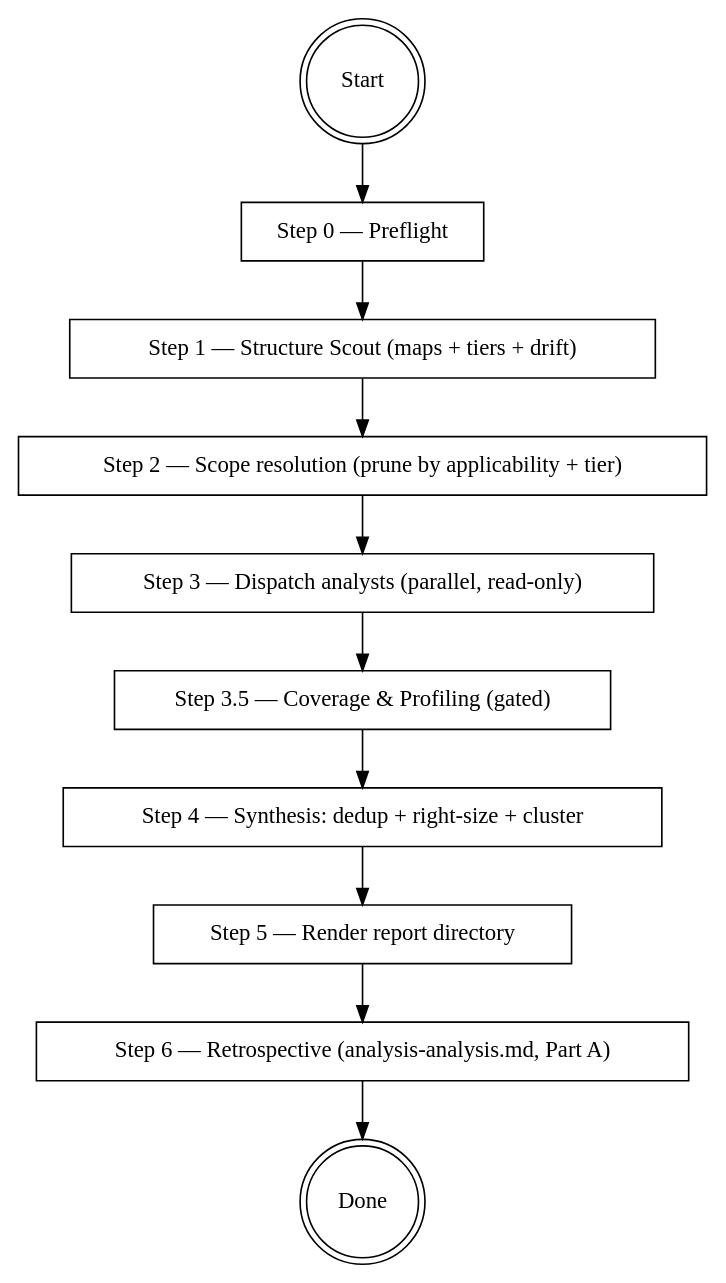
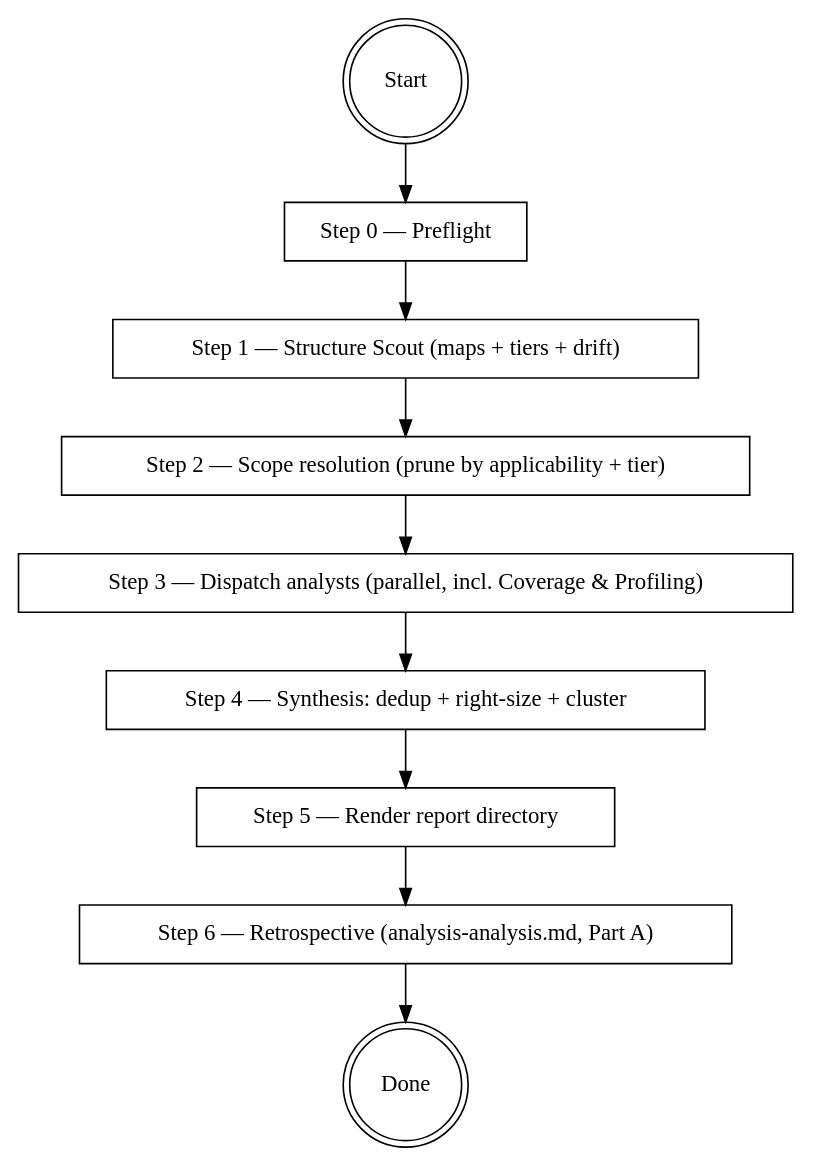
The diagram in plugins/codebase-deep-analysis/skills/codebase-deep-analysis/SKILL.md (Tuxie/vibe), drawn with Graphviz before and after one commit. The commit also changed other lines of this file, not shown here.

First line of the commit message:
codebase-deep-analysis: delete Step 3.5, fold Coverage into Step 3

````diff
--- a/plugins/codebase-deep-analysis/skills/codebase-deep-analysis/SKILL.md
+++ b/plugins/codebase-deep-analysis/skills/codebase-deep-analysis/SKILL.md
@@ -40,24 +40,22 @@
 ```dot
 digraph analysis_flow {
     "Start" [shape=doublecircle];
     "Step 0 — Preflight" [shape=box];
     "Step 1 — Structure Scout (maps + tiers + drift)" [shape=box];
     "Step 2 — Scope resolution (prune by applicability + tier)" [shape=box];
-    "Step 3 — Dispatch analysts (parallel, read-only)" [shape=box];
-    "Step 3.5 — Coverage & Profiling (gated)" [shape=box];
+    "Step 3 — Dispatch analysts (parallel, incl. Coverage & Profiling)" [shape=box];
     "Step 4 — Synthesis: dedup + right-size + cluster" [shape=box];
     "Step 5 — Render report directory" [shape=box];
     "Step 6 — Retrospective (analysis-analysis.md, Part A)" [shape=box];
     "Done" [shape=doublecircle];
 
     "Start" -> "Step 0 — Preflight";
     "Step 0 — Preflight" -> "Step 1 — Structure Scout (maps + tiers + drift)";
     "Step 1 — Structure Scout (maps + tiers + drift)" -> "Step 2 — Scope resolution (prune by applicability + tier)";
-    "Step 2 — Scope resolution (prune by applicability + tier)" -> "Step 3 — Dispatch analysts (parallel, read-only)";
-    "Step 3 — Dispatch analysts (parallel, read-only)" -> "Step 3.5 — Coverage & Profiling (gated)";
-    "Step 3.5 — Coverage & Profiling (gated)" -> "Step 4 — Synthesis: dedup + right-size + cluster";
+    "Step 2 — Scope resolution (prune by applicability + tier)" -> "Step 3 — Dispatch analysts (parallel, incl. Coverage & Profiling)";
+    "Step 3 — Dispatch analysts (parallel, incl. Coverage & Profiling)" -> "Step 4 — Synthesis: dedup + right-size + cluster";
     "Step 4 — Synthesis: dedup + right-size + cluster" -> "Step 5 — Render report directory";
     "Step 5 — Render report directory" -> "Step 6 — Retrospective (analysis-analysis.md, Part A)";
     "Step 6 — Retrospective (analysis-analysis.md, Part A)" -> "Done";
 }
 ```
````
